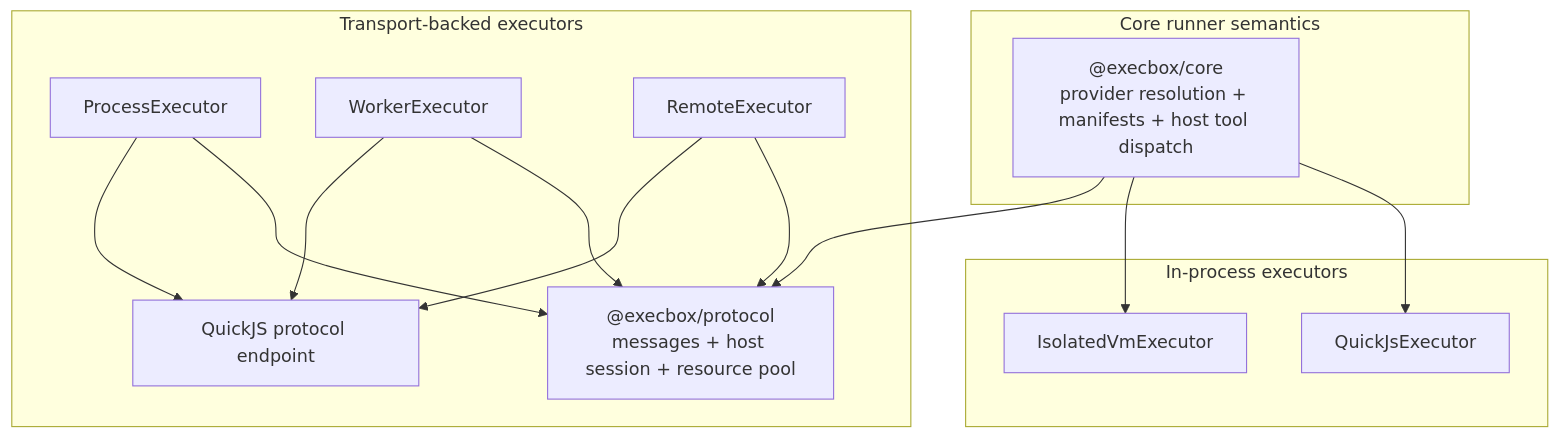
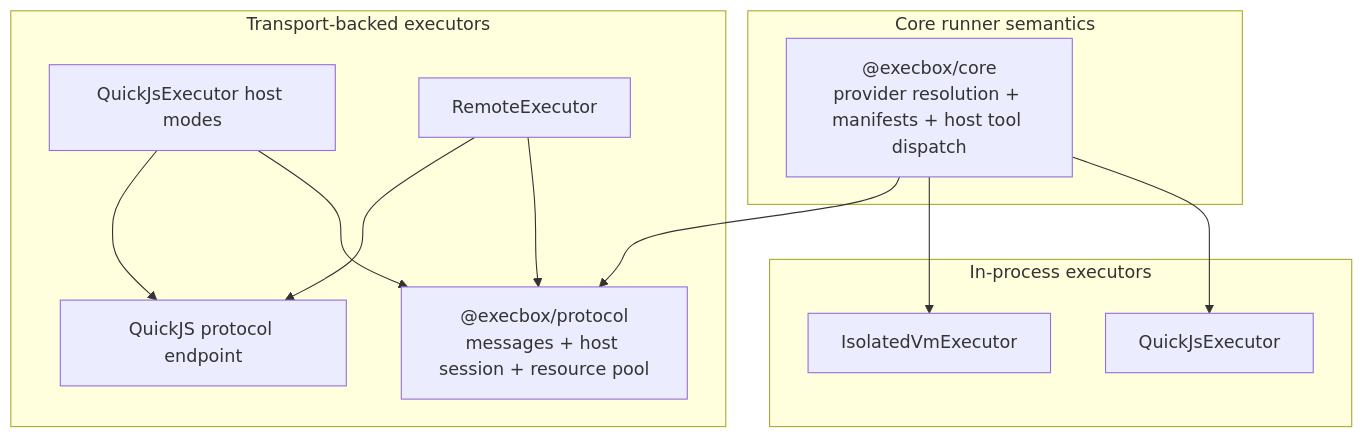
Before and after one commit to aallam/execbox: the second of 3 diagrams in docs/architecture/execbox-mcp-and-protocol.md, drawn with Mermaid. The commit also changed other lines of this file and 86 other files, not shown here.

Commit message:
refactor(quickjs): consolidate hosted executor surface

````diff
--- a/docs/architecture/execbox-mcp-and-protocol.md
+++ b/docs/architecture/execbox-mcp-and-protocol.md
@@ -65,29 +64,26 @@
 ```mermaid
 flowchart TB
     subgraph Core["Core runner semantics"]
         CORE["@execbox/core<br/>provider resolution + manifests + host tool dispatch"]
     end
 
     subgraph InProcess["In-process executors"]
         QJS["QuickJsExecutor"]
         IVM["IsolatedVmExecutor"]
     end
 
     subgraph TransportBacked["Transport-backed executors"]
         PROTO["@execbox/protocol<br/>messages + host session + resource pool"]
-        PROC["ProcessExecutor"]
-        WORKER["WorkerExecutor"]
+        HOSTED["QuickJsExecutor host modes"]
         REM["RemoteExecutor"]
         ENDPOINT["QuickJS protocol endpoint"]
     end
 
     CORE --> QJS
     CORE --> IVM
     CORE --> PROTO
-    PROC --> PROTO
-    WORKER --> PROTO
+    HOSTED --> PROTO
     REM --> PROTO
-    PROC --> ENDPOINT
-    WORKER --> ENDPOINT
+    HOSTED --> ENDPOINT
     REM --> ENDPOINT
 ```
````
